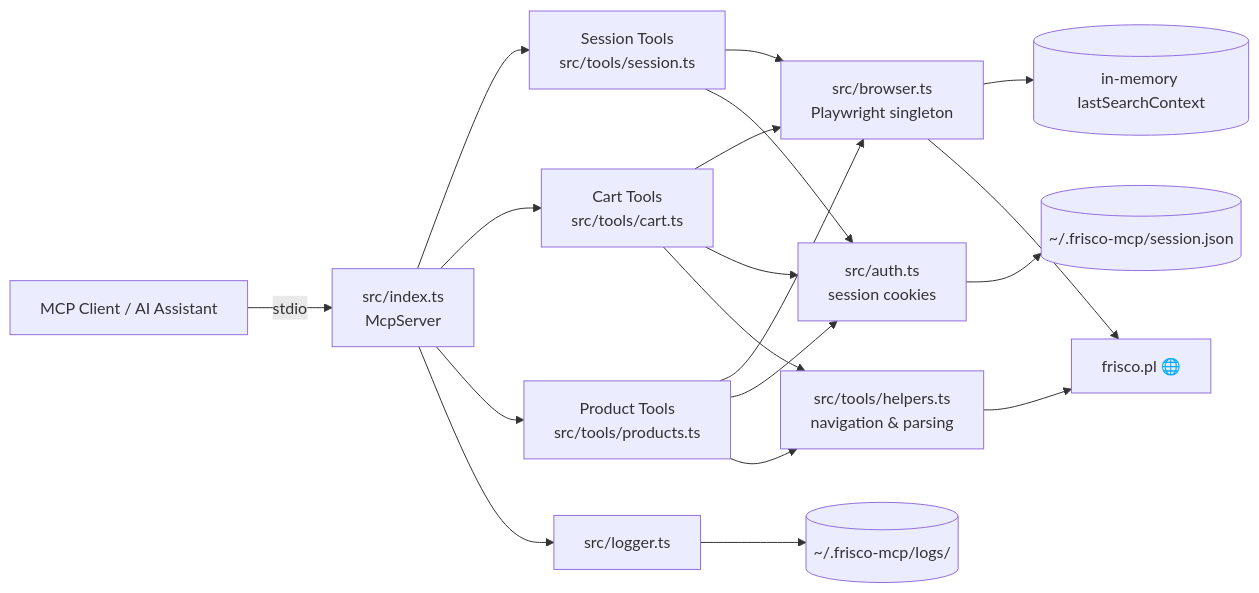
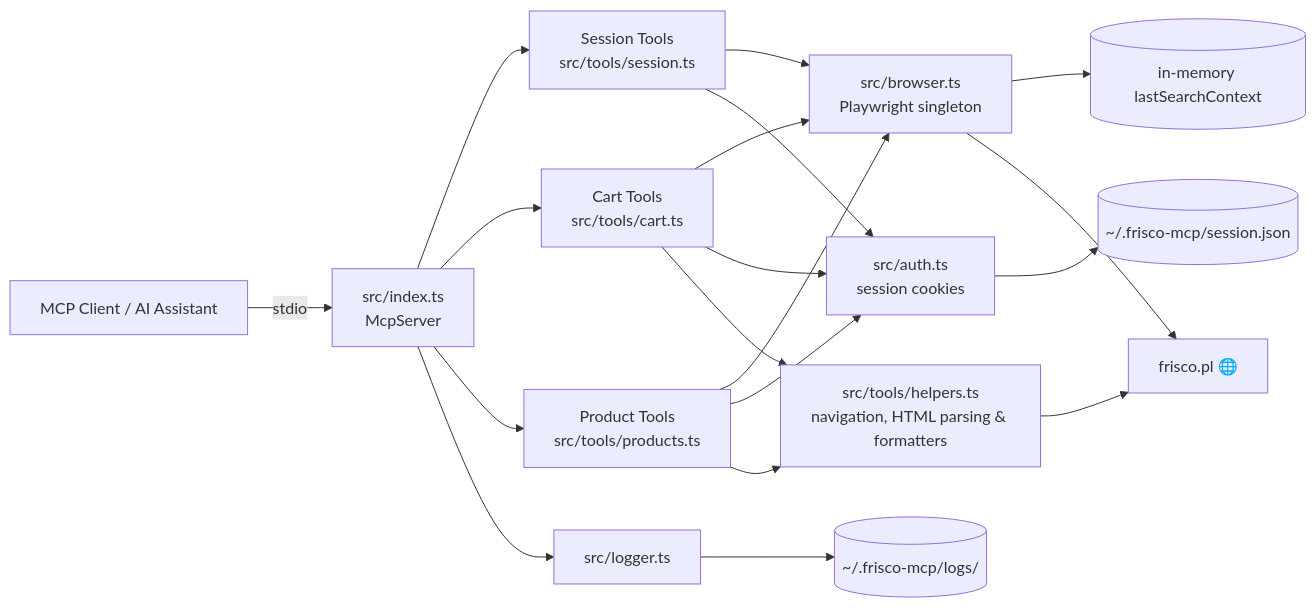
The diagram in README.md (mkidawa/frisco-mcp), drawn with Mermaid before and after one commit. The commit also changed other lines of this file and 1 other file, not shown here.

````diff
--- a/README.md
+++ b/README.md
@@ -51,25 +51,25 @@
 ```mermaid
 flowchart LR
     A[MCP Client / AI Assistant] -->|stdio| B[src/index.ts<br/>McpServer]
 
     B --> C[Session Tools<br/>src/tools/session.ts]
     B --> D[Cart Tools<br/>src/tools/cart.ts]
     B --> E[Product Tools<br/>src/tools/products.ts]
 
     C --> G[src/browser.ts<br/>Playwright singleton]
     D --> G
     E --> G
 
     C --> H[src/auth.ts<br/>session cookies]
     D --> H
     E --> H
 
-    D --> I[src/tools/helpers.ts<br/>navigation & parsing]
+    D --> I[src/tools/helpers.ts<br/>navigation, HTML parsing & formatters]
     E --> I
 
     H --> J[(~/.frisco-mcp/session.json)]
     B --> L[src/logger.ts] --> M[(~/.frisco-mcp/logs/)]
     G --> N[(in-memory lastSearchContext)]
     G --> K[frisco.pl 🌐]
     I --> K
 ```
````
